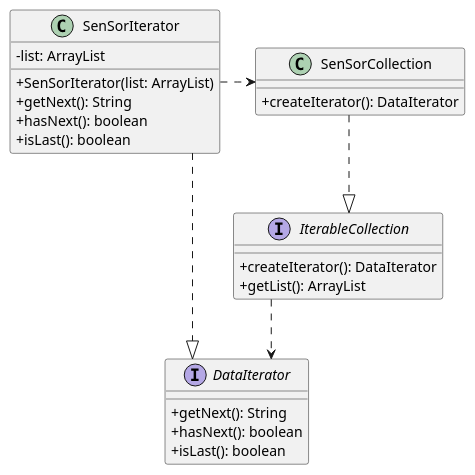
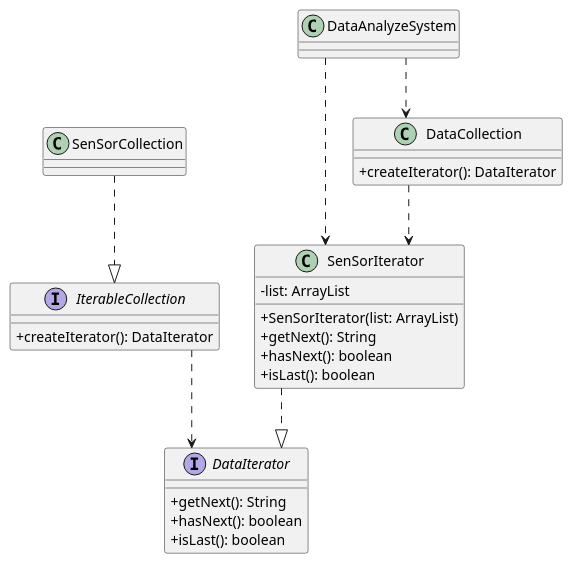
The diagram in src/uml/Iterator.puml (LenthDose/DesignPatterFinal), drawn with PlantUML before and after one commit. The commit also changed 40 other files, not shown here.

```diff
--- a/src/uml/Iterator.puml
+++ b/src/uml/Iterator.puml
@@ -1,34 +1,38 @@
 @startuml
 'https://plantuml.com/class-diagram
 
 skinparam classAttributeIconSize 0
 skinparam linetype ortho
 
 interface DataIterator{
 + getNext(): String
 + hasNext(): boolean
 + isLast(): boolean
 }
 
 interface IterableCollection{
 + createIterator(): DataIterator
-+ getList(): ArrayList
 }
 
 class SenSorIterator{
 - list: ArrayList
 + SenSorIterator(list: ArrayList)
 + getNext(): String
 + hasNext(): boolean
 + isLast(): boolean
 }
 
-class SenSorCollection{
+class DataCollection{
 + createIterator(): DataIterator
+}
+
+class DataAnalyzeSystem{
 }
 
 SenSorIterator ..|> DataIterator
 SenSorCollection ..|> IterableCollection
-SenSorIterator .right.> SenSorCollection
 IterableCollection ..> DataIterator
+DataCollection ..> SenSorIterator
+DataAnalyzeSystem ..> SenSorIterator
+DataAnalyzeSystem ..> DataCollection
 @enduml
```
